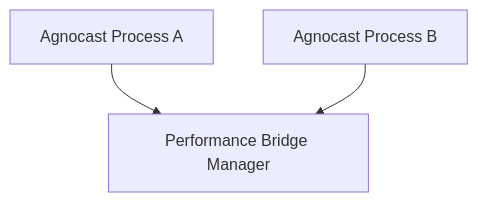
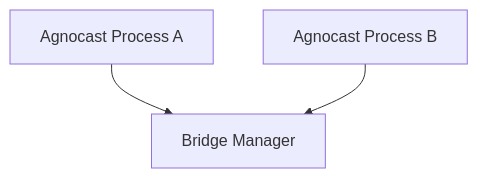
The second of 4 diagrams in docs/agnocast_ros2_bridge.md (autowarefoundation/agnocast), drawn with Mermaid before and after one commit. The commit also changed other lines of this file and 2 other files, not shown here.

Commit message:
update documents to reflect the removal of standard bridge

````diff
--- a/docs/agnocast_ros2_bridge.md
+++ b/docs/agnocast_ros2_bridge.md
@@ -91,10 +53,10 @@
 ```mermaid
 flowchart TD
     ProcessA[Agnocast Process A]
     ProcessB[Agnocast Process B]
 
-    GlobalBM[Performance Bridge Manager]
+    GlobalBM[Bridge Manager]
 
     ProcessA --> GlobalBM
     ProcessB --> GlobalBM
 ```
````
